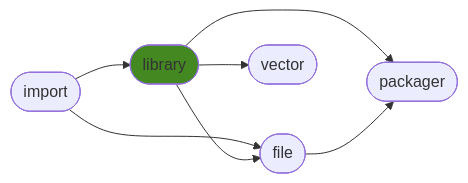
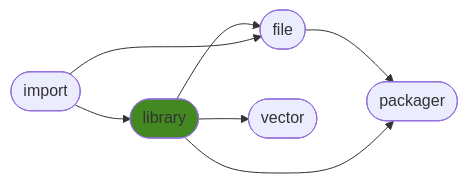
One commit to ManderaGeneral/generallibrary changed the diagram in README.md. Above: the diagram before and after it, drawn with Mermaid. The commit also changed other lines of this file, not shown here.

````diff
--- a/README.md
+++ b/README.md
@@ -24,15 +24,15 @@
 ```mermaid
 flowchart LR
-0([import]) --> 2([file])
+2([file]) --> 4([packager])
+1([library]) --> 2([file])
+0([import]) --> 1([library])
 1([library]) --> 3([vector])
 1([library]) --> 4([packager])
-0([import]) --> 1([library])
-1([library]) --> 2([file])
-2([file]) --> 4([packager])
+0([import]) --> 2([file])
 click 0 "https://github.com/ManderaGeneral/generalimport"
 click 1 "https://github.com/ManderaGeneral/generallibrary"
 click 2 "https://github.com/ManderaGeneral/generalfile"
 click 3 "https://github.com/ManderaGeneral/generalvector"
 click 4 "https://github.com/ManderaGeneral/generalpackager"
 style 1 fill:#482
 ```
````
